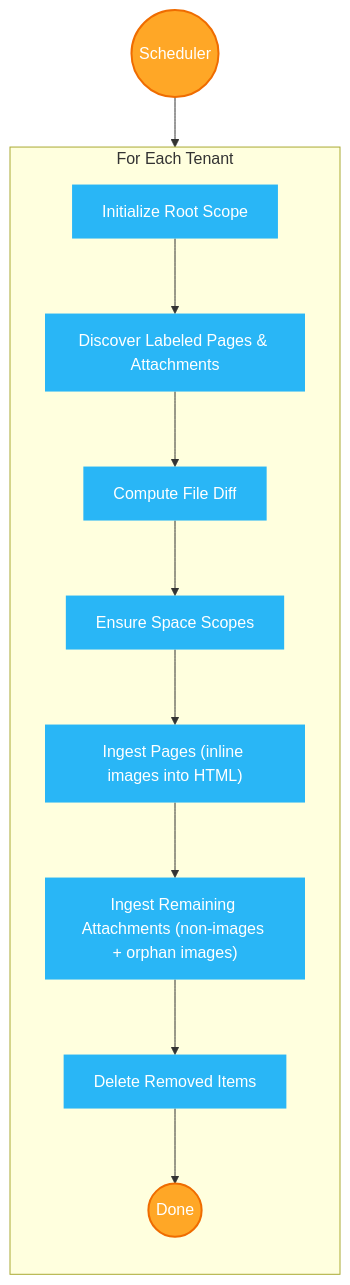
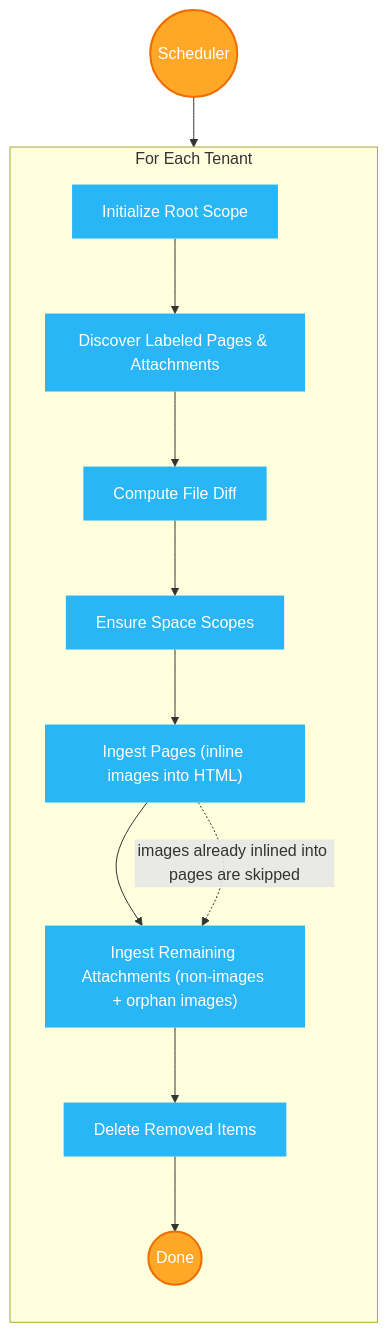
One commit to Unique-AG/connectors changed the first of 2 diagrams in services/confluence-connector/docs/README.md. Above: the diagram before and after it, drawn with Mermaid. The commit also changed other lines of this file and 2 other files, not shown here.

````diff
--- a/services/confluence-connector/docs/README.md
+++ b/services/confluence-connector/docs/README.md
@@ -125,33 +127,34 @@
 ```mermaid
 flowchart TB
   Start(("Scheduler"))
 
   subgraph TenantSync["For Each Tenant"]
     direction TB
 
     InitScope["Initialize Root Scope"]
     Discover["Discover Labeled Pages & Attachments"]
     Diff["Compute File Diff"]
     EnsureScopes["Ensure Space Scopes"]
     IngestPages["Ingest Pages (inline images into HTML)"]
     IngestAttachments["Ingest Remaining Attachments (non-images + orphan images)"]
     Delete["Delete Removed Items"]
     Done(("Done"))
   end
 
   Start --> TenantSync
   InitScope --> Discover
   Discover --> Diff
   Diff --> EnsureScopes
   EnsureScopes --> IngestPages
   IngestPages --> IngestAttachments
+  IngestPages -. images already inlined into pages are skipped .-> IngestAttachments
   IngestAttachments --> Delete
   Delete --> Done
 
 classDef start fill:#FFA726,stroke:#EF6C00,stroke-width:2px,color:white
 classDef process fill:#29B6F6,stroke:#0277BD,stroke-width:0px,color:white
 classDef container fill:#F5F5F5,stroke:#BDBDBD,stroke-width:1px,stroke-dasharray: 5 5,color:#616161
 
 class Start,Done start
 class InitScope,Discover,Diff,EnsureScopes,IngestPages,IngestAttachments,Delete process
 ```
````
